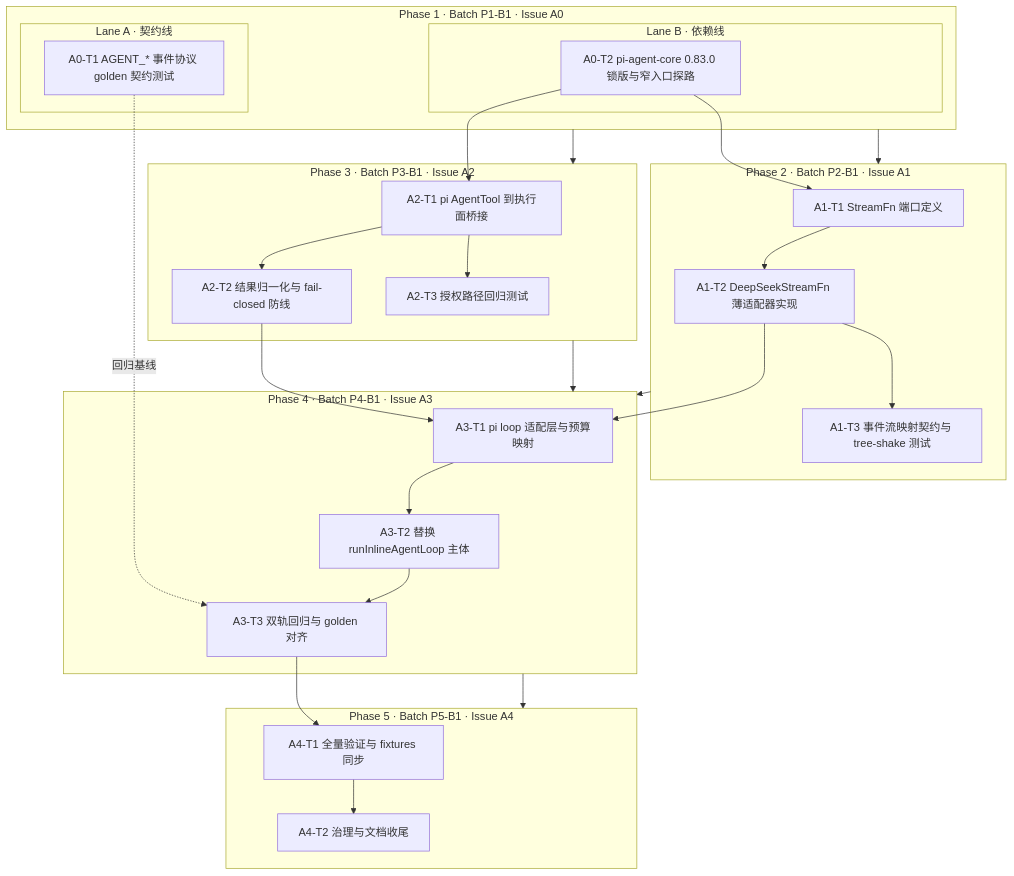
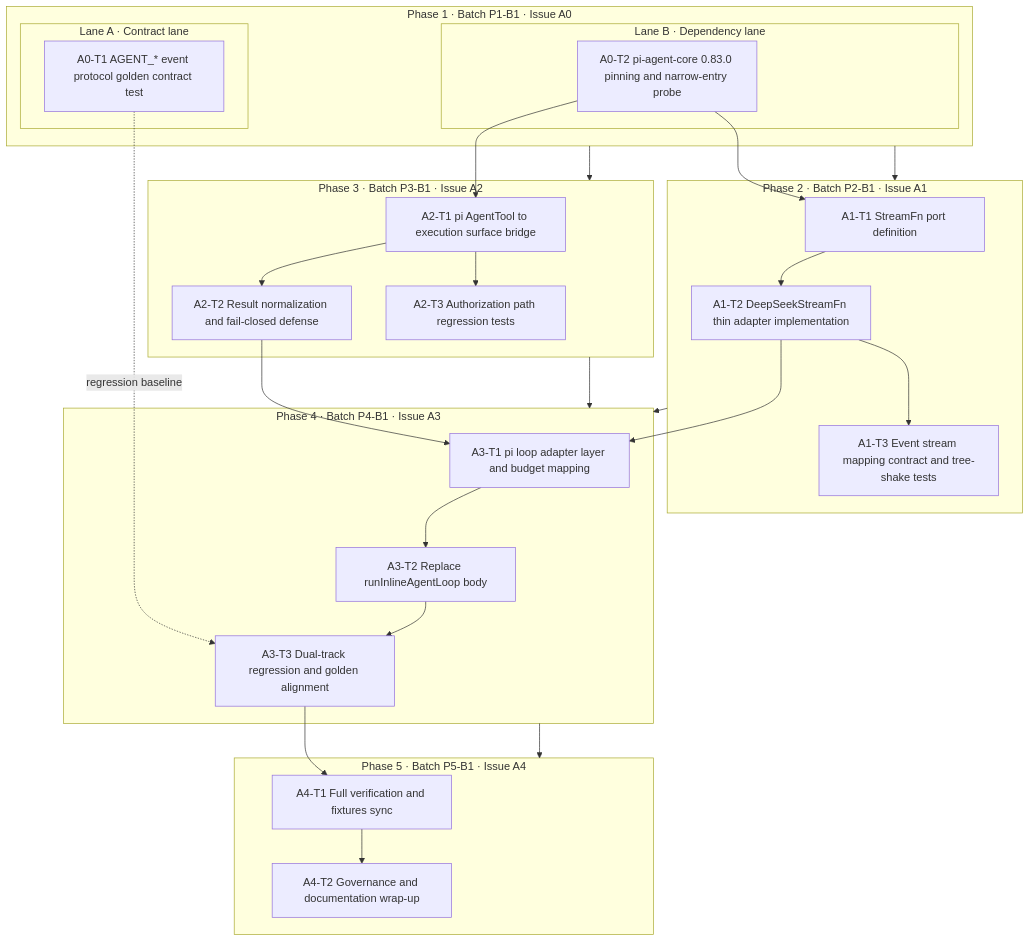
One commit to iiSwxft/DS-ide-to-web changed the diagram in docs/archives/pi-agent-core-integration/plan/dependency-graph.md. Above: the diagram before and after it, drawn with Mermaid. The commit also changed other lines of this file and 189 other files, not shown here.

````diff
--- a/docs/archives/pi-agent-core-integration/plan/dependency-graph.md
+++ b/docs/archives/pi-agent-core-integration/plan/dependency-graph.md
@@ -3,47 +3,47 @@
 ```mermaid
 graph TD
     subgraph P1["Phase 1 · Batch P1-B1 · Issue A0"]
-        subgraph P1A["Lane A · 契约线"]
-            A0T1["A0-T1 AGENT_* 事件协议 golden 契约测试"]
+        subgraph P1A["Lane A · Contract lane"]
+            A0T1["A0-T1 AGENT_* event protocol golden contract test"]
         end
-        subgraph P1B["Lane B · 依赖线"]
-            A0T2["A0-T2 pi-agent-core 0.83.0 锁版与窄入口探路"]
+        subgraph P1B["Lane B · Dependency lane"]
+            A0T2["A0-T2 pi-agent-core 0.83.0 pinning and narrow-entry probe"]
         end
     end
     subgraph P2["Phase 2 · Batch P2-B1 · Issue A1"]
-        A1T1["A1-T1 StreamFn 端口定义"]
-        A1T2["A1-T2 DeepSeekStreamFn 薄适配器实现"]
-        A1T3["A1-T3 事件流映射契约与 tree-shake 测试"]
+        A1T1["A1-T1 StreamFn port definition"]
+        A1T2["A1-T2 DeepSeekStreamFn thin adapter implementation"]
+        A1T3["A1-T3 Event stream mapping contract and tree-shake tests"]
     end
     subgraph P3["Phase 3 · Batch P3-B1 · Issue A2"]
-        A2T1["A2-T1 pi AgentTool 到执行面桥接"]
-        A2T2["A2-T2 结果归一化与 fail-closed 防线"]
-        A2T3["A2-T3 授权路径回归测试"]
+        A2T1["A2-T1 pi AgentTool to execution surface bridge"]
+        A2T2["A2-T2 Result normalization and fail-closed defense"]
+        A2T3["A2-T3 Authorization path regression tests"]
     end
     subgraph P4["Phase 4 · Batch P4-B1 · Issue A3"]
-        A3T1["A3-T1 pi loop 适配层与预算映射"]
-        A3T2["A3-T2 替换 runInlineAgentLoop 主体"]
-        A3T3["A3-T3 双轨回归与 golden 对齐"]
+        A3T1["A3-T1 pi loop adapter layer and budget mapping"]
+        A3T2["A3-T2 Replace runInlineAgentLoop body"]
+        A3T3["A3-T3 Dual-track regression and golden alignment"]
     end
     subgraph P5["Phase 5 · Batch P5-B1 · Issue A4"]
-        A4T1["A4-T1 全量验证与 fixtures 同步"]
-        A4T2["A4-T2 治理与文档收尾"]
+        A4T1["A4-T1 Full verification and fixtures sync"]
+        A4T2["A4-T2 Governance and documentation wrap-up"]
     end
 
-    A0T1 -.->|回归基线| A3T3
+    A0T1 -.->|regression baseline| A3T3
     A0T2 --> A1T1
     A0T2 --> A2T1
     A1T1 --> A1T2 --> A1T3
     A1T2 --> A3T1
     A2T1 --> A2T2
     A2T1 --> A2T3
     A2T2 --> A3T1
     A3T1 --> A3T2 --> A3T3
     A3T3 --> A4T1 --> A4T2
 
     P1 --> P2
     P1 --> P3
     P2 --> P4
     P3 --> P4
     P4 --> P5
 ```
````
